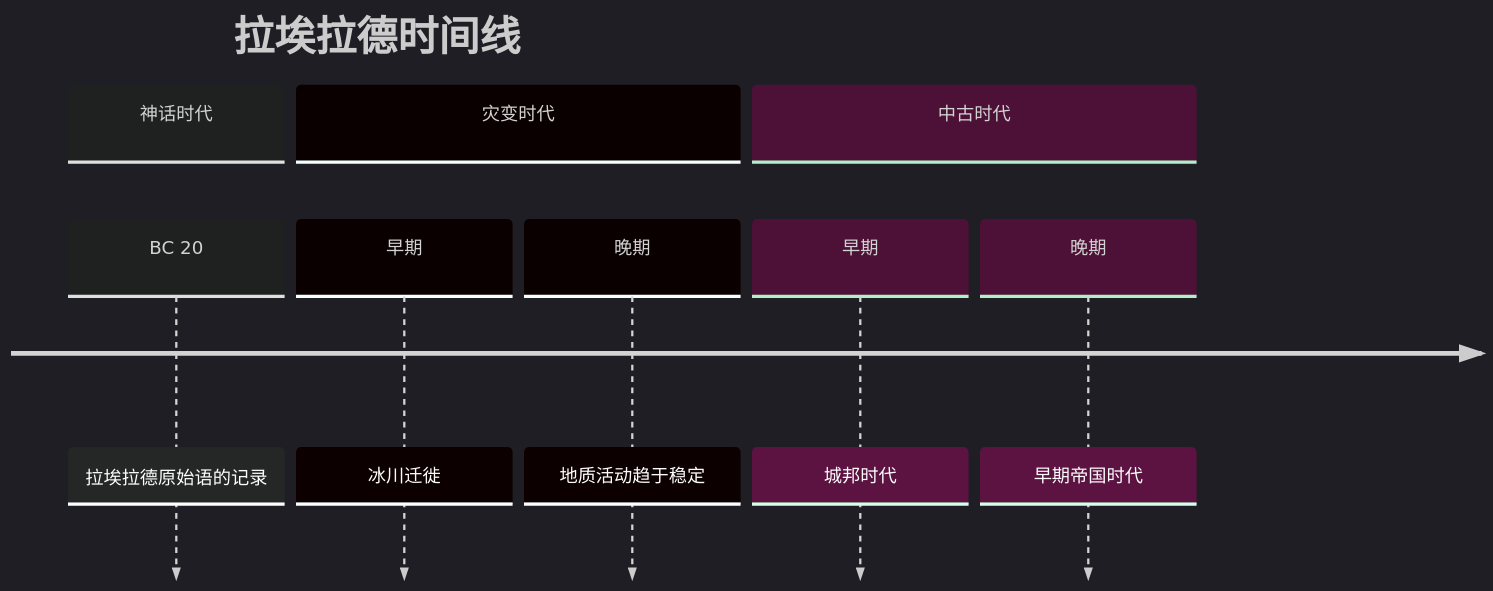
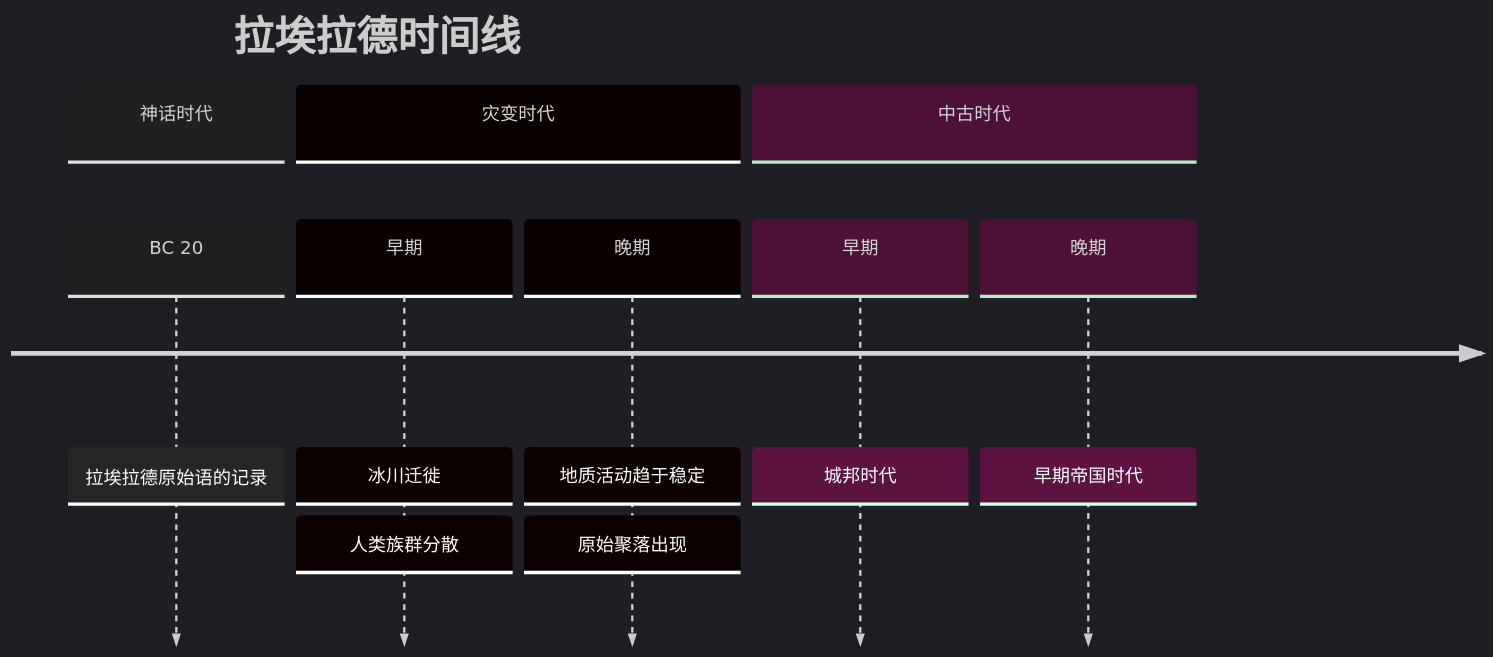
One commit to PhychiasLokDansk/Laaerad changed the first of 2 diagrams in docs/拉埃拉德/laaerad 简介.md. Above: the diagram before and after it, drawn with Mermaid. The commit also changed other lines of this file and 5 other files, not shown here.

````diff
--- a/docs/拉埃拉德/laaerad 简介.md
+++ b/docs/拉埃拉德/laaerad 简介.md
@@ -63,13 +63,15 @@
 ```mermaid
 %%{init: { 'logLevel': 'debug', 'theme': 'dark' } }%%
 timeline
     title 拉埃拉德时间线
     section 神话时代
 	    BC 20 : 拉埃拉德原始语的记录
     section 灾变时代
         早期 : 冰川迁徙
+        : 人类族群分散
         晚期 : 地质活动趋于稳定
+        : 原始聚落出现
 	section 中古时代
 		早期 : 城邦时代
 		晚期 : 早期帝国时代
 ```
````
